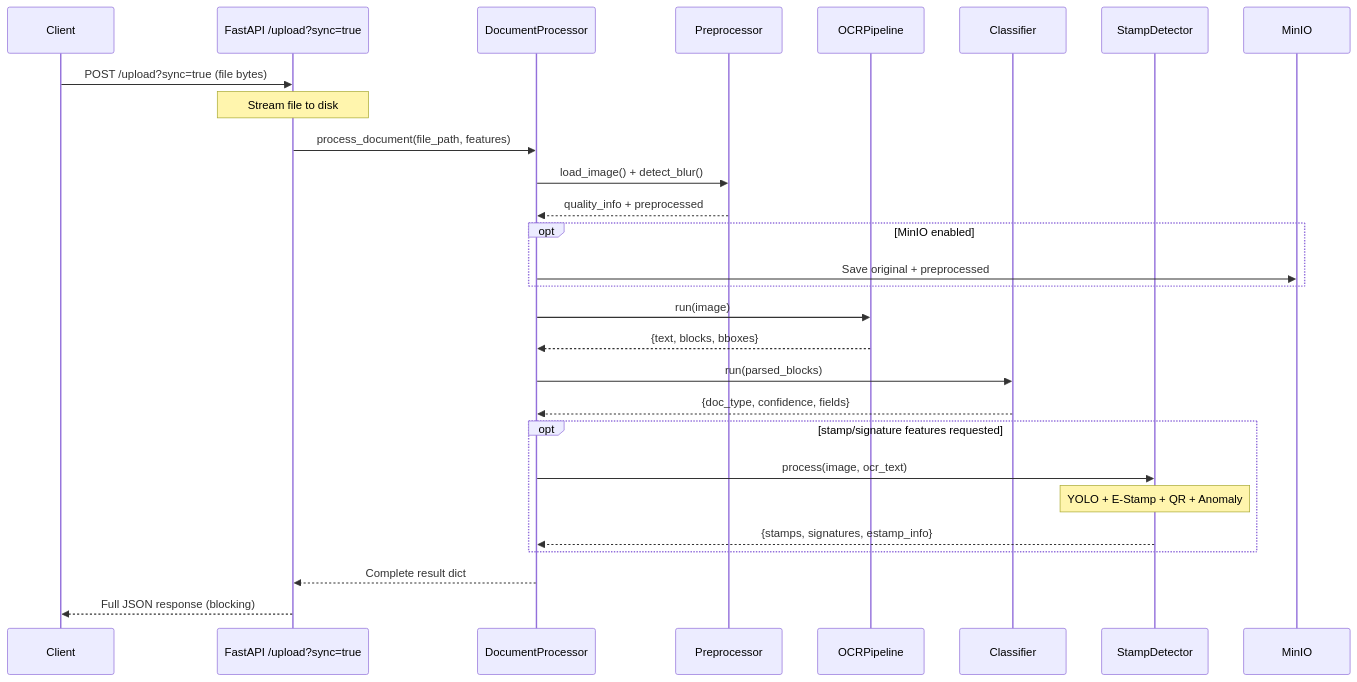
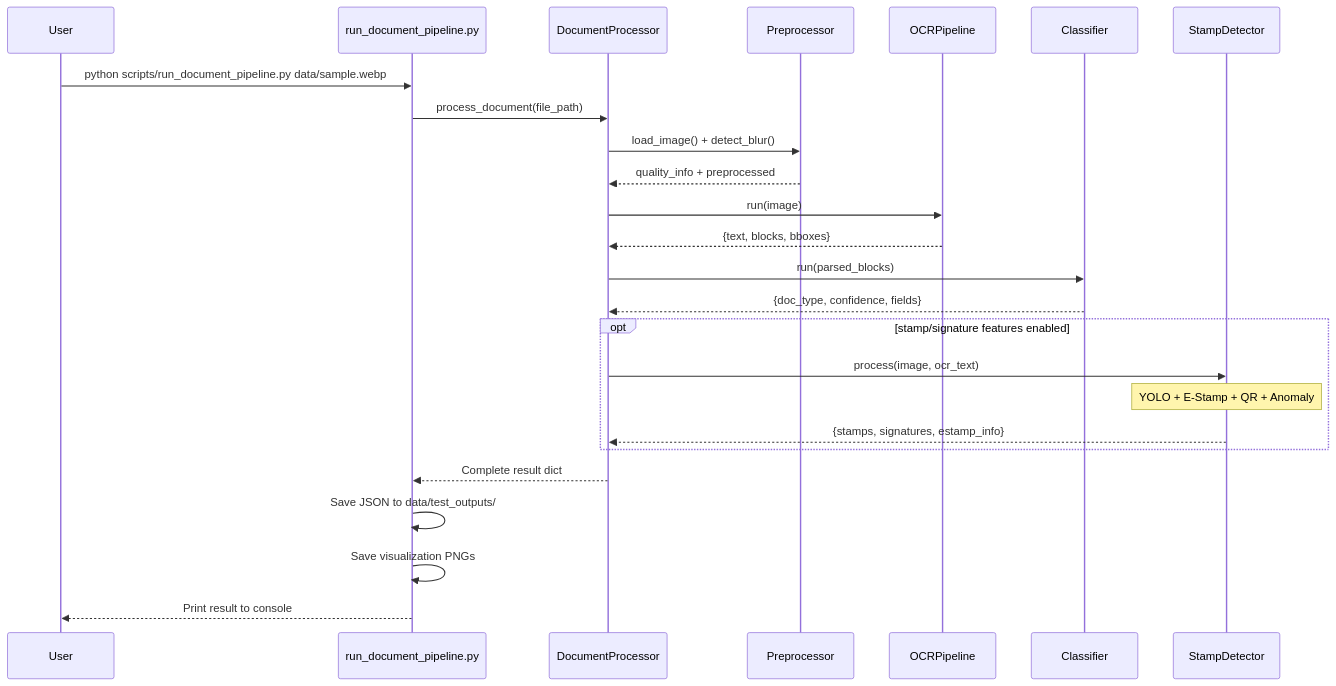
Diagram 11 of 13 in ARCHITECTURE.md (Sakshisingh-BV/Intellicheck-Docs), drawn with Mermaid before and after one commit. The commit also changed other lines of this file and 29 other files, not shown here.

````diff
--- a/ARCHITECTURE.md
+++ b/ARCHITECTURE.md
@@ -610,38 +523,34 @@
 ```mermaid
 sequenceDiagram
-    participant C as Client
-    participant API as FastAPI /upload?sync=true
+    participant User as User
+    participant CLI as run_document_pipeline.py
     participant DP as DocumentProcessor
     participant PRE as Preprocessor
     participant OCR as OCRPipeline
     participant CLS as Classifier
     participant STM as StampDetector
-    participant MIO as MinIO
 
-    C->>API: POST /upload?sync=true (file bytes)
-    Note over API: Stream file to disk
+    User->>CLI: python scripts/run_document_pipeline.py data/sample.webp
 
-    API->>DP: process_document(file_path, features)
+    CLI->>DP: process_document(file_path)
 
     DP->>PRE: load_image() + detect_blur()
     PRE-->>DP: quality_info + preprocessed
-
-    opt MinIO enabled
-        DP->>MIO: Save original + preprocessed
-    end
 
     DP->>OCR: run(image)
     OCR-->>DP: {text, blocks, bboxes}
 
     DP->>CLS: run(parsed_blocks)
     CLS-->>DP: {doc_type, confidence, fields}
 
-    opt stamp/signature features requested
+    opt stamp/signature features enabled
         DP->>STM: process(image, ocr_text)
         Note over STM: YOLO + E-Stamp + QR + Anomaly
         STM-->>DP: {stamps, signatures, estamp_info}
     end
 
-    DP-->>API: Complete result dict
-    API-->>C: Full JSON response (blocking)
+    DP-->>CLI: Complete result dict
+    CLI->>CLI: Save JSON to data/test_outputs/
+    CLI->>CLI: Save visualization PNGs
+    CLI-->>User: Print result to console
 ```
````
